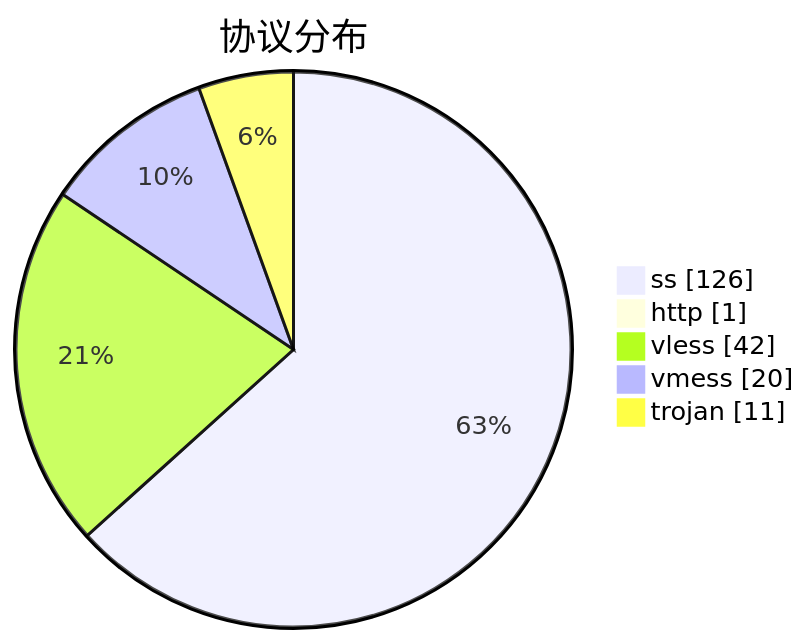
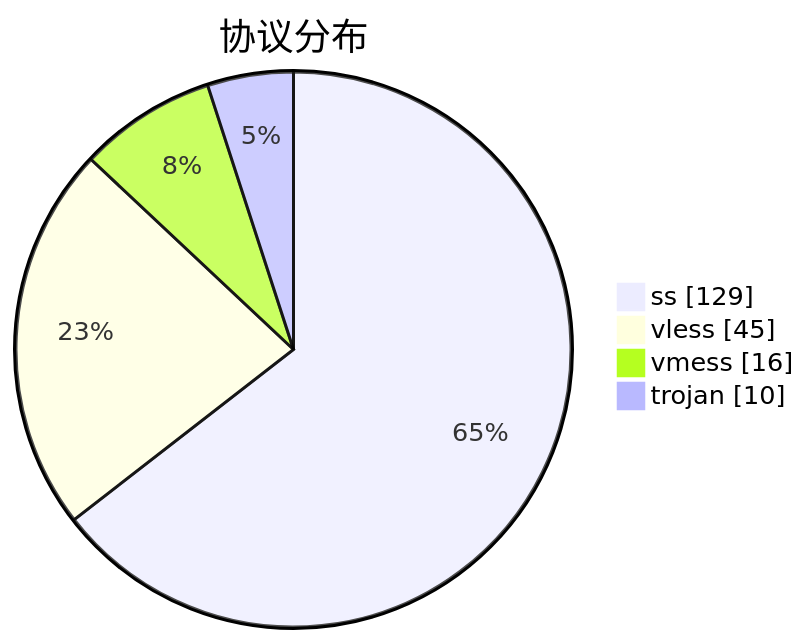
One commit to qjlxg/airport changed the third of 3 diagrams in subs/statistics/tested_within.md. Above: the diagram before and after it, drawn with Mermaid. The commit also changed other lines of this file and 2 other files, not shown here.

````diff
--- a/subs/statistics/tested_within.md
+++ b/subs/statistics/tested_within.md
@@ -27,9 +29,8 @@
 ```mermaid
 pie showData
 title 协议分布
-"ss" : 126
-"http" : 1
-"vless" : 42
-"vmess" : 20
-"trojan" : 11
+"ss" : 129
+"vless" : 45
+"vmess" : 16
+"trojan" : 10
 ```
````
